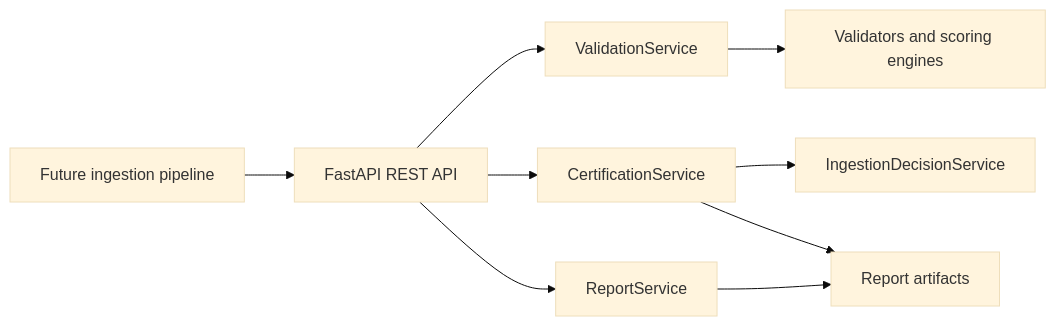
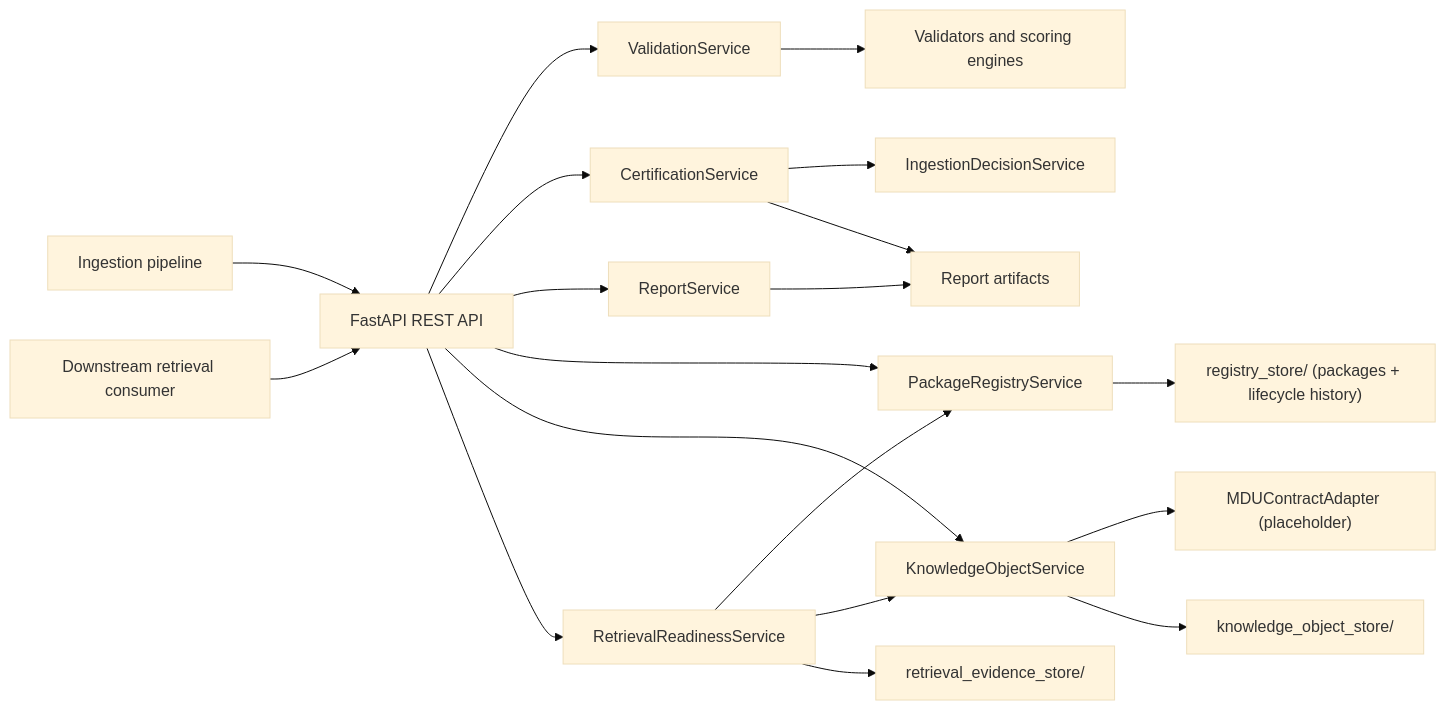
Before and after one commit to Kavychangela/masterdb-ingestion-certification-service: the first of 3 diagrams in README.md, drawn with Mermaid (base theme). The commit also changed other lines of this file and 43 other files, not shown here.

````diff
--- a/README.md
+++ b/README.md
@@ -29,11 +40,24 @@
 ```mermaid
 flowchart LR
-    Client["Future ingestion pipeline"] --> API["FastAPI REST API"]
+    Client["Ingestion pipeline"] --> API["FastAPI REST API"]
+    Consumer["Downstream retrieval consumer"] --> API
+
     API --> ValidationService["ValidationService"]
     API --> CertificationService["CertificationService"]
     API --> ReportService["ReportService"]
+    API --> RegistryService["PackageRegistryService"]
+    API --> KnowledgeObjectService["KnowledgeObjectService"]
+    API --> RetrievalService["RetrievalReadinessService"]
+
     CertificationService --> DecisionService["IngestionDecisionService"]
     ValidationService --> Validators["Validators and scoring engines"]
     CertificationService --> Store["Report artifacts"]
     ReportService --> Store
+
+    RegistryService --> RegistryStore["registry_store/ (packages + lifecycle history)"]
+    KnowledgeObjectService --> MDUAdapter["MDUContractAdapter (placeholder)"]
+    KnowledgeObjectService --> KOStore["knowledge_object_store/"]
+    RetrievalService --> RegistryService
+    RetrievalService --> KnowledgeObjectService
+    RetrievalService --> EvidenceStore["retrieval_evidence_store/"]
 ```
````
